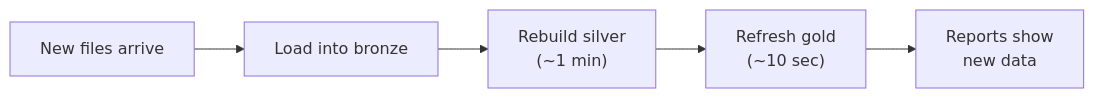
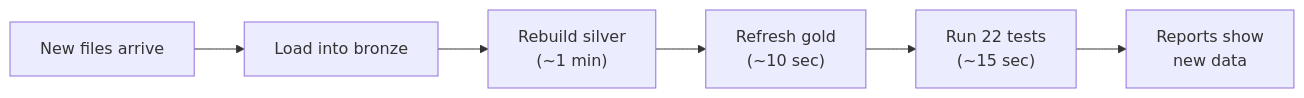
The fifth of 5 diagrams in README.md (sheldonkappel/SegPay_project), drawn with Mermaid before and after one commit. The commit also changed other lines of this file and 15 other files, not shown here.

First line of the commit message:
Add automated tests and fix the clearing-file load

````diff
--- a/README.md
+++ b/README.md
@@ -228,4 +229,4 @@
 ```mermaid
 flowchart LR
-    A["New files arrive"] --> B["Load into bronze"] --> C["Rebuild silver<br/>(~1 min)"] --> D["Refresh gold<br/>(~10 sec)"] --> E["Reports show<br/>new data"]
+    A["New files arrive"] --> B["Load into bronze"] --> C["Rebuild silver<br/>(~1 min)"] --> D["Refresh gold<br/>(~10 sec)"] --> T["Run 22 tests<br/>(~15 sec)"] --> E["Reports show<br/>new data"]
 ```
````
